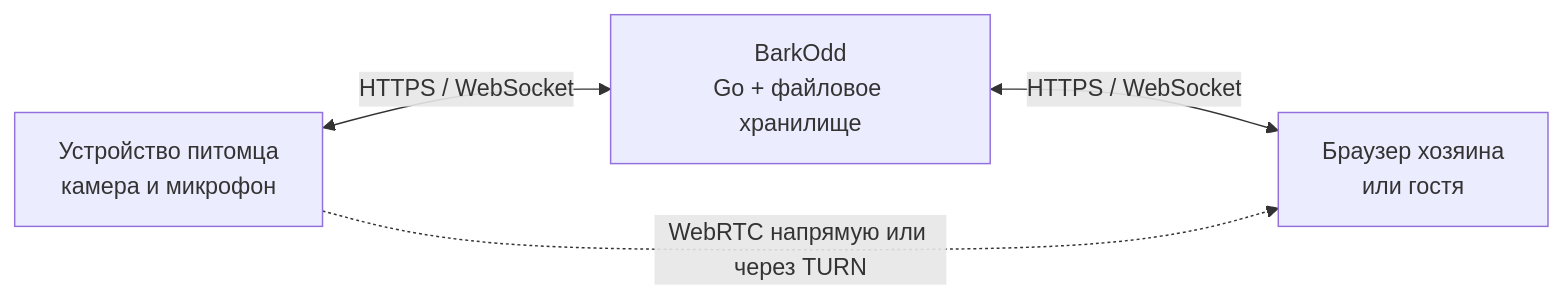
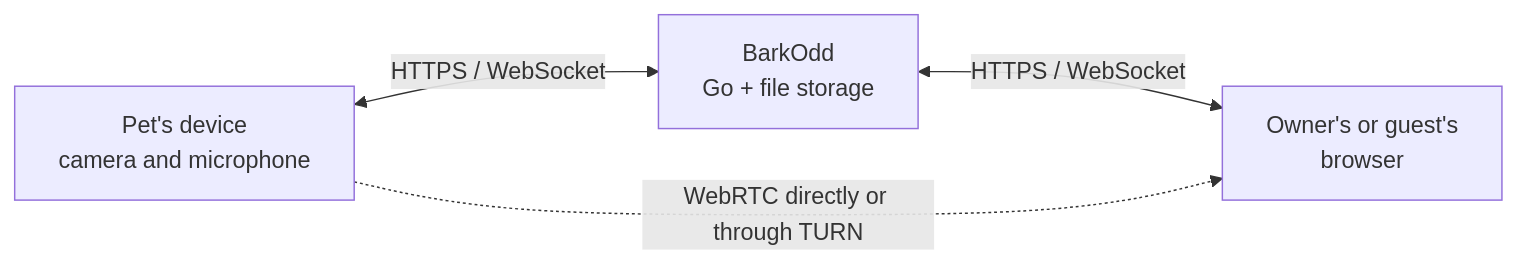
One commit to LyschevIvan/BarkOdd changed the diagram in README.md. Above: the diagram before and after it, drawn with Mermaid. The commit also changed other lines of this file and 27 other files, not shown here.

````diff
--- a/README.md
+++ b/README.md
@@ -133,6 +137,6 @@
 ```mermaid
 flowchart LR
-    Camera["Устройство питомца<br/>камера и микрофон"] <-->|"HTTPS / WebSocket"| Server["BarkOdd<br/>Go + файловое хранилище"]
-    Server <-->|"HTTPS / WebSocket"| Viewer["Браузер хозяина<br/>или гостя"]
-    Camera -. "WebRTC напрямую или через TURN" .-> Viewer
+    Camera["Pet's device<br/>camera and microphone"] <-->|"HTTPS / WebSocket"| Server["BarkOdd<br/>Go + file storage"]
+    Server <-->|"HTTPS / WebSocket"| Viewer["Owner's or guest's<br/>browser"]
+    Camera -. "WebRTC directly or through TURN" .-> Viewer
 ```
````
